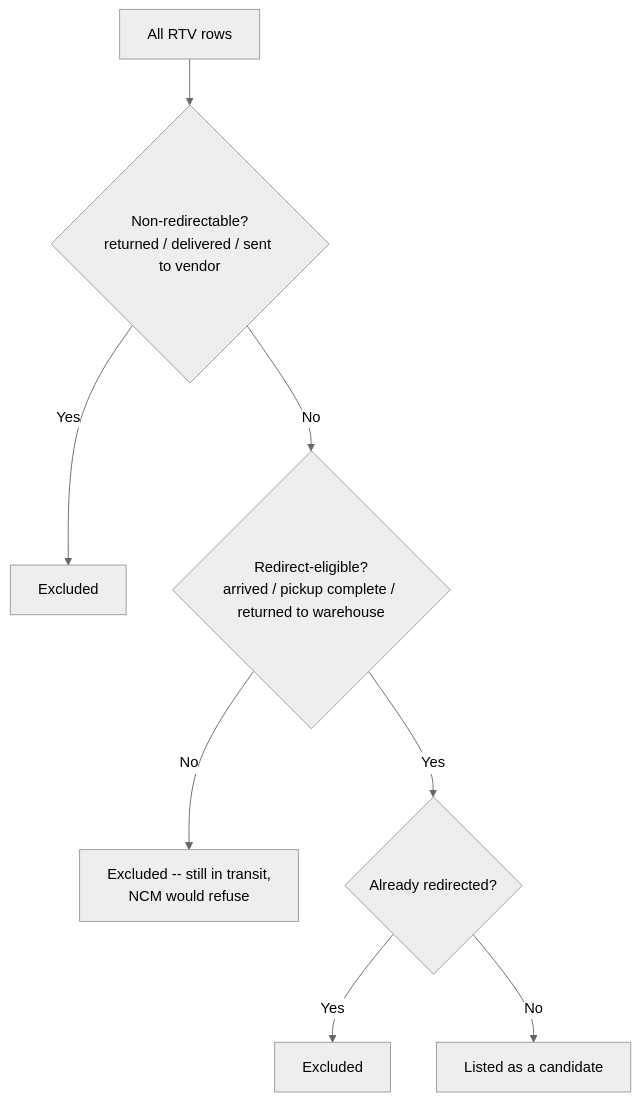
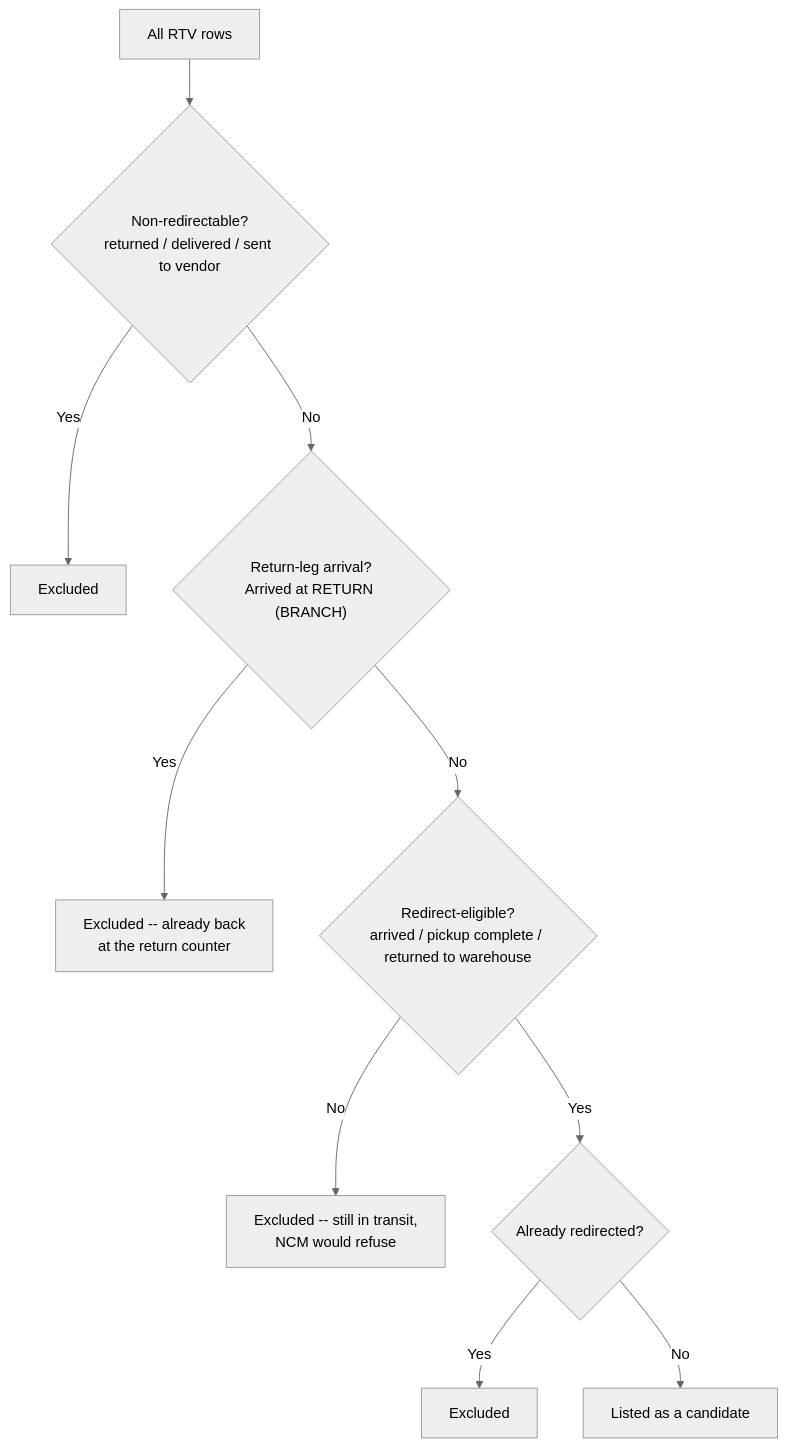
Before and after one commit to milanmagrati/E-commerce-Project: the second of 2 diagrams in myproject/docs/14-rtv-and-redirection.md, drawn with Mermaid (neutral theme). The commit also changed other lines of this file and 7 other files, not shown here.

First line of the commit message:
Document the return-arrived status and the "arrived" trap it creates

````diff
--- a/myproject/docs/14-rtv-and-redirection.md
+++ b/myproject/docs/14-rtv-and-redirection.md
@@ -206,10 +241,12 @@
 ```mermaid
 flowchart TD
     A[All RTV rows] --> B{Non-redirectable?<br/>returned / delivered / sent to vendor}
     B -- Yes --> C[Excluded]
-    B -- No --> D{Redirect-eligible?<br/>arrived / pickup complete / returned to warehouse}
+    B -- No --> R{"Return-leg arrival?<br/>Arrived at RETURN (BRANCH)"}
+    R -- Yes --> S["Excluded -- already back<br/>at the return counter"]
+    R -- No --> D{Redirect-eligible?<br/>arrived / pickup complete / returned to warehouse}
     D -- No --> E["Excluded -- still in transit,<br/>NCM would refuse"]
     D -- Yes --> F{Already redirected?}
     F -- Yes --> G[Excluded]
     F -- No --> H[Listed as a candidate]
 ```
````
